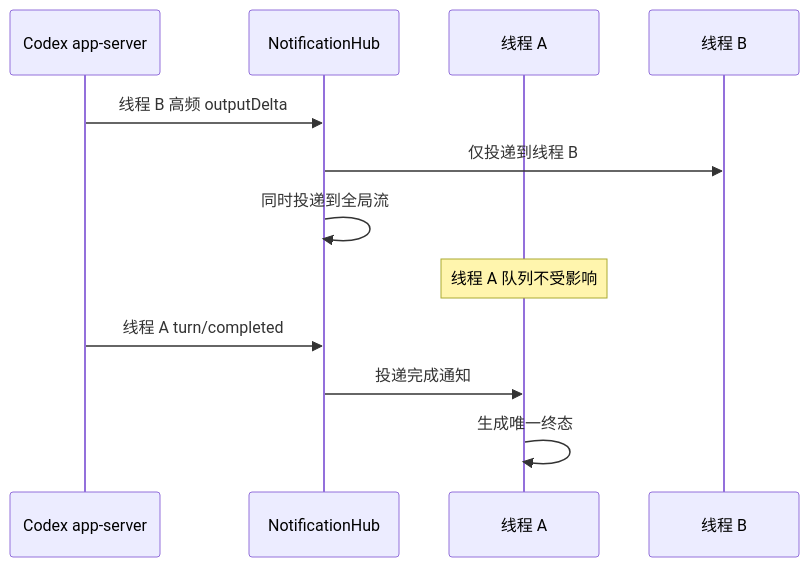
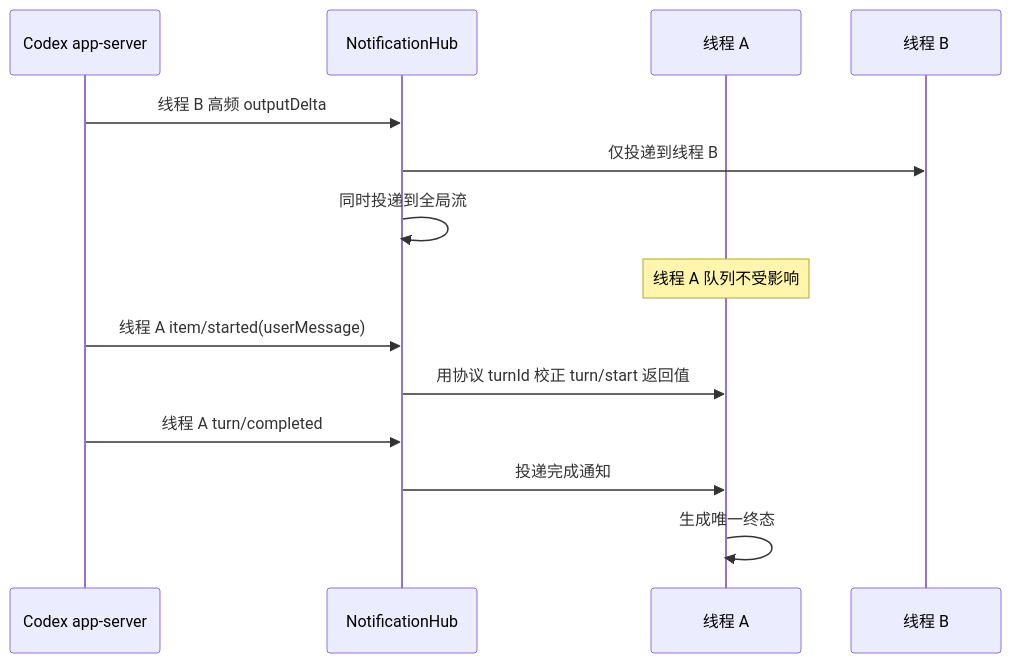
One commit to wecode-ai/wegent-docs changed the second of 2 diagrams in i18n/zh/docusaurus-plugin-content-docs/current/architecture/codex-notification-routing.md. Above: the diagram before and after it, drawn with Mermaid. The commit also changed other lines of this file and 9 other files, not shown here.

````diff
--- a/i18n/zh/docusaurus-plugin-content-docs/current/architecture/codex-notification-routing.md
+++ b/i18n/zh/docusaurus-plugin-content-docs/current/architecture/codex-notification-routing.md
@@ -26,14 +28,16 @@
 ```mermaid
 sequenceDiagram
     participant C as Codex app-server
     participant H as NotificationHub
     participant A as 线程 A
     participant B as 线程 B
     C->>H: 线程 B 高频 outputDelta
     H->>B: 仅投递到线程 B
     H->>H: 同时投递到全局流
     Note over A: 线程 A 队列不受影响
+    C->>H: 线程 A item/started(userMessage)
+    H->>A: 用协议 turnId 校正 turn/start 返回值
     C->>H: 线程 A turn/completed
     H->>A: 投递完成通知
     A->>A: 生成唯一终态
 ```
````
